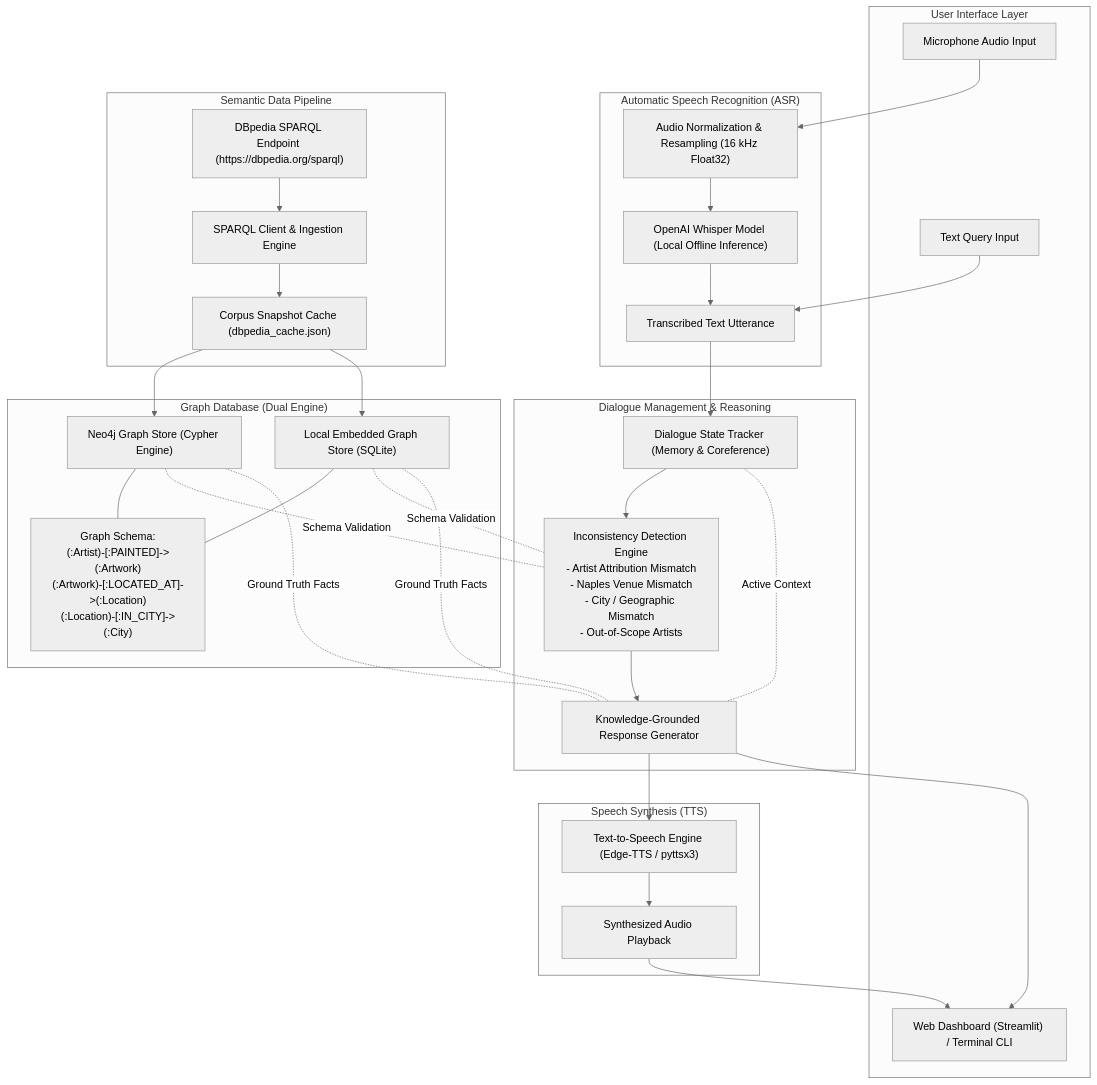
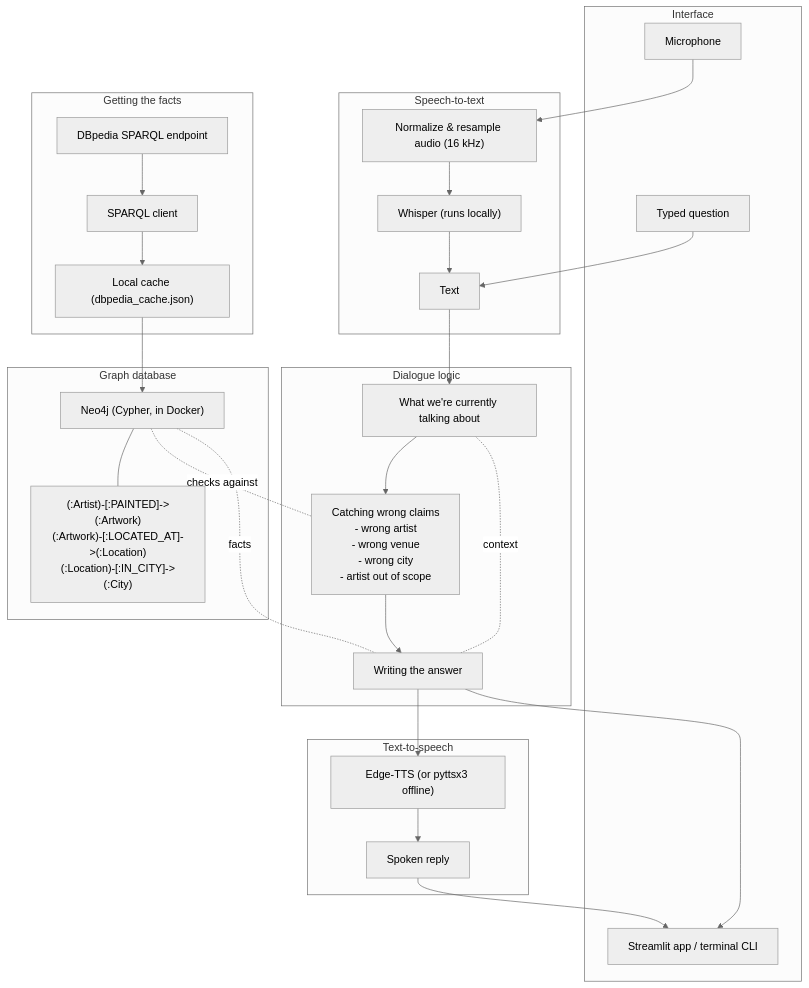
Before and after one commit to Mahdi-Miri/NLP-Project: the diagram in README.md, drawn with Mermaid (neutral theme). The commit also changed other lines of this file and 30 other files, not shown here.

````diff
--- a/README.md
+++ b/README.md
@@ -14,71 +14,66 @@
 ```mermaid
 flowchart TD
     %% User Layer
-    subgraph UI ["User Interface Layer"]
-        UserVoice["Microphone Audio Input"]
-        UserText["Text Query Input"]
-        Dashboard["Web Dashboard (Streamlit) / Terminal CLI"]
+    subgraph UI ["Interface"]
+        UserVoice["Microphone"]
+        UserText["Typed question"]
+        Dashboard["Streamlit app / terminal CLI"]
     end
 
     %% ASR Layer
-    subgraph ASR ["Automatic Speech Recognition (ASR)"]
-        AudioProc["Audio Normalization & Resampling (16 kHz Float32)"]
-        Whisper["OpenAI Whisper Model (Local Offline Inference)"]
-        Transcript["Transcribed Text Utterance"]
+    subgraph ASR ["Speech-to-text"]
+        AudioProc["Normalize & resample audio (16 kHz)"]
+        Whisper["Whisper (runs locally)"]
+        Transcript["Text"]
     end
 
     %% Data Pipeline Layer
-    subgraph Pipeline ["Semantic Data Pipeline"]
-        DBpedia["DBpedia SPARQL Endpoint (https://dbpedia.org/sparql)"]
-        SPARQLClient["SPARQL Client & Ingestion Engine"]
-        Cache["Corpus Snapshot Cache (dbpedia_cache.json)"]
+    subgraph Pipeline ["Getting the facts"]
+        DBpedia["DBpedia SPARQL endpoint"]
+        SPARQLClient["SPARQL client"]
+        Cache["Local cache (dbpedia_cache.json)"]
     end
 
     %% Knowledge Graph Layer
-    subgraph Graph ["Graph Database (Dual Engine)"]
-        Neo4jStore["Neo4j Graph Store (Cypher Engine)"]
-        SQLiteStore["Local Embedded Graph Store (SQLite)"]
-        Schema["Graph Schema:<br/>(:Artist)-[:PAINTED]->(:Artwork)<br/>(:Artwork)-[:LOCATED_AT]->(:Location)<br/>(:Location)-[:IN_CITY]->(:City)"]
+    subgraph Graph ["Graph database"]
+        Neo4jStore["Neo4j (Cypher, in Docker)"]
+        Schema["(:Artist)-[:PAINTED]->(:Artwork)<br/>(:Artwork)-[:LOCATED_AT]->(:Location)<br/>(:Location)-[:IN_CITY]->(:City)"]
     end
 
     %% Dialogue & Reasoning Layer
-    subgraph Dialogue ["Dialogue Management & Reasoning"]
-        StateTracker["Dialogue State Tracker (Memory & Coreference)"]
-        Inconsistency["Inconsistency Detection Engine<br/>- Artist Attribution Mismatch<br/>- Naples Venue Mismatch<br/>- City / Geographic Mismatch<br/>- Out-of-Scope Artists"]
-        Generator["Knowledge-Grounded Response Generator"]
+    subgraph Dialogue ["Dialogue logic"]
+        StateTracker["What we're currently talking about"]
+        Inconsistency["Catching wrong claims<br/>- wrong artist<br/>- wrong venue<br/>- wrong city<br/>- artist out of scope"]
+        Generator["Writing the answer"]
     end
 
     %% TTS Layer
-    subgraph TTS ["Speech Synthesis (TTS)"]
-        Synthesizer["Text-to-Speech Engine (Edge-TTS / pyttsx3)"]
-        AudioResponse["Synthesized Audio Playback"]
+    subgraph TTS ["Text-to-speech"]
+        Synthesizer["Edge-TTS (or pyttsx3 offline)"]
+        AudioResponse["Spoken reply"]
     end
 
     %% Flow Connections
     UserVoice --> AudioProc
     AudioProc --> Whisper
     Whisper --> Transcript
     UserText --> Transcript
 
     DBpedia --> SPARQLClient
     SPARQLClient --> Cache
     Cache --> Neo4jStore
-    Cache --> SQLiteStore
     Neo4jStore --- Schema
-    SQLiteStore --- Schema
 
     Transcript --> StateTracker
     StateTracker --> Inconsistency
-    Neo4jStore -. Schema Validation .- Inconsistency
-    SQLiteStore -. Schema Validation .- Inconsistency
+    Neo4jStore -. checks against .- Inconsistency
 
     Inconsistency --> Generator
-    Neo4jStore -. Ground Truth Facts .- Generator
-    SQLiteStore -. Ground Truth Facts .- Generator
-    StateTracker -. Active Context .- Generator
+    Neo4jStore -. facts .- Generator
+    StateTracker -. context .- Generator
 
     Generator --> Synthesizer
     Synthesizer --> AudioResponse
     Generator --> Dashboard
     AudioResponse --> Dashboard
 ```
````
